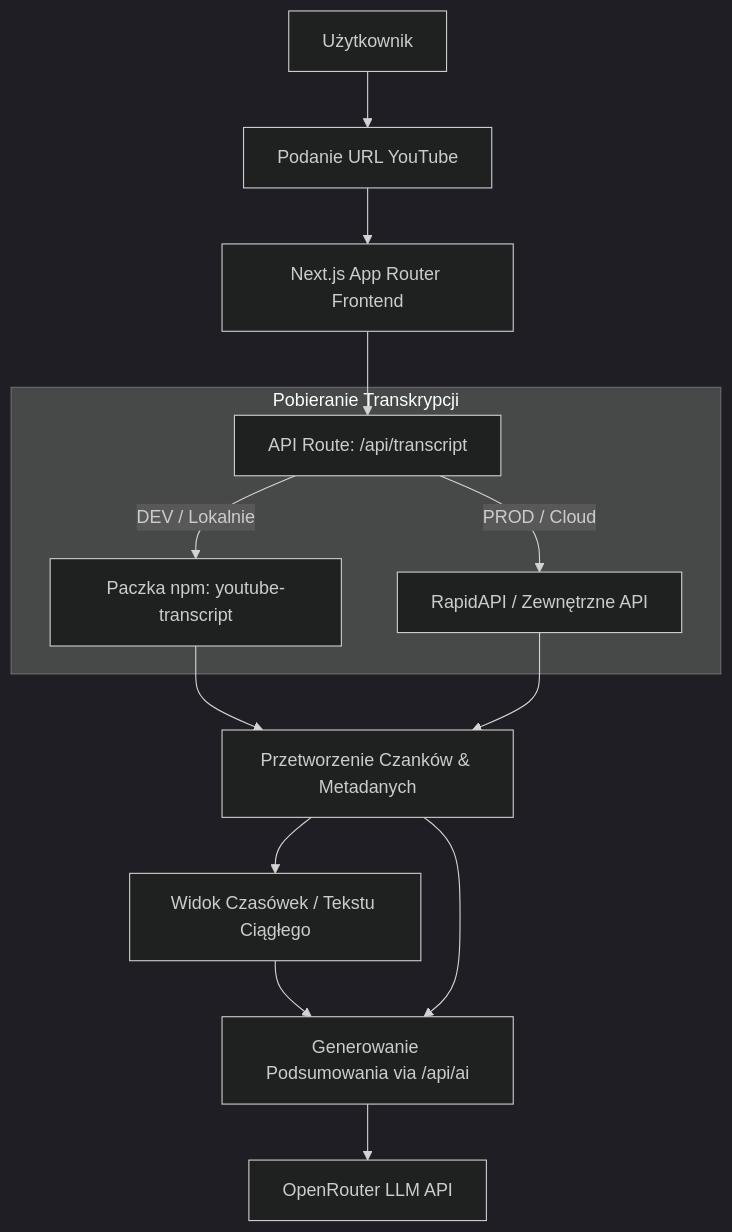
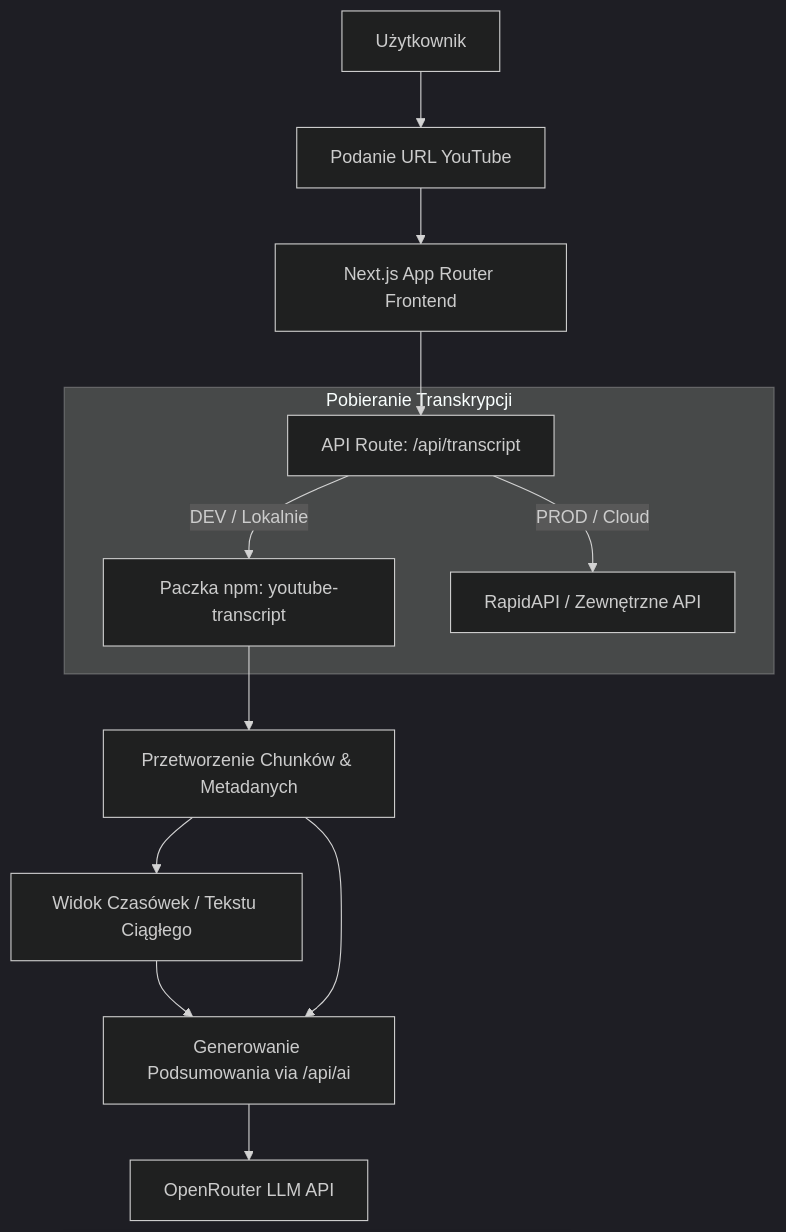
One commit to AlenJakob/yt-transcript-analyzer changed the diagram in README.md. Above: the diagram before and after it, drawn with Mermaid (dark theme). The commit also changed other lines of this file, not shown here.

Commit message:
feat: readme update

````diff
--- a/README.md
+++ b/README.md
@@ -54,18 +54,17 @@
 ```mermaid
 graph TD
     A[Użytkownik] --> B[Podanie URL YouTube]
     B --> C[Next.js App Router Frontend]
     C --> D[API Route: /api/transcript]
 
     subgraph Pobieranie Transkrypcji
         D -->|DEV / Lokalnie| E1[Paczka npm: youtube-transcript]
         D -->|PROD / Cloud| E2[RapidAPI / Zewnętrzne API]
     end
 
-    E1 --> F[Przetworzenie Czanków & Metadanych]
-    E2 --> F
+    E1 --> F[Przetworzenie Chunków & Metadanych]
     F --> G[Widok Czasówek / Tekstu Ciągłego]
     G --> H[Szablony Promptów AI & Kopiowanie]
     F --> H[Generowanie Podsumowania via /api/ai]
     H --> I[OpenRouter LLM API]
 ```
````
